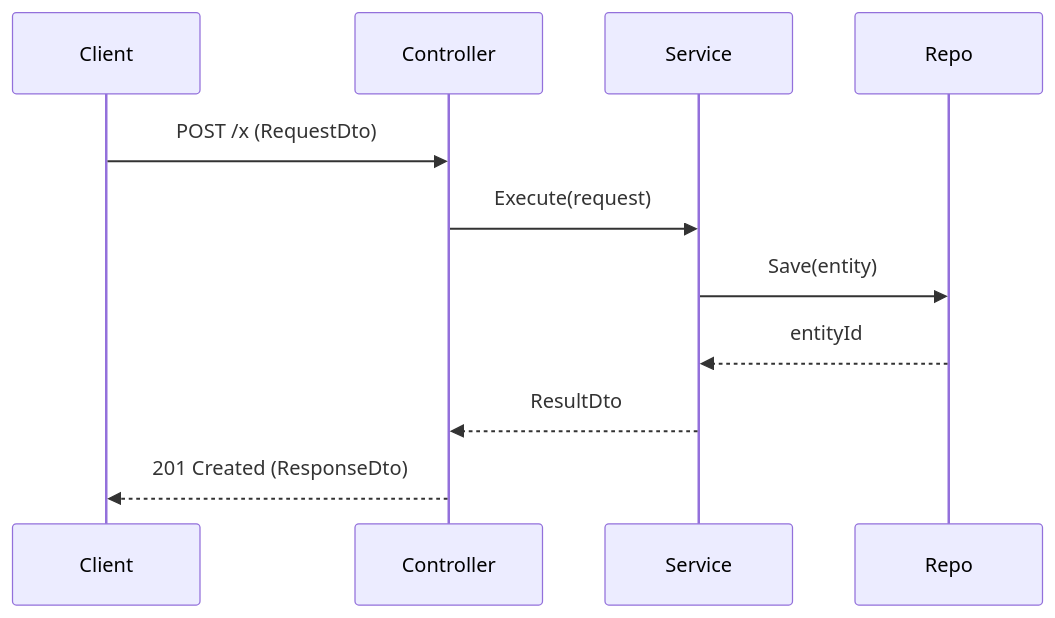
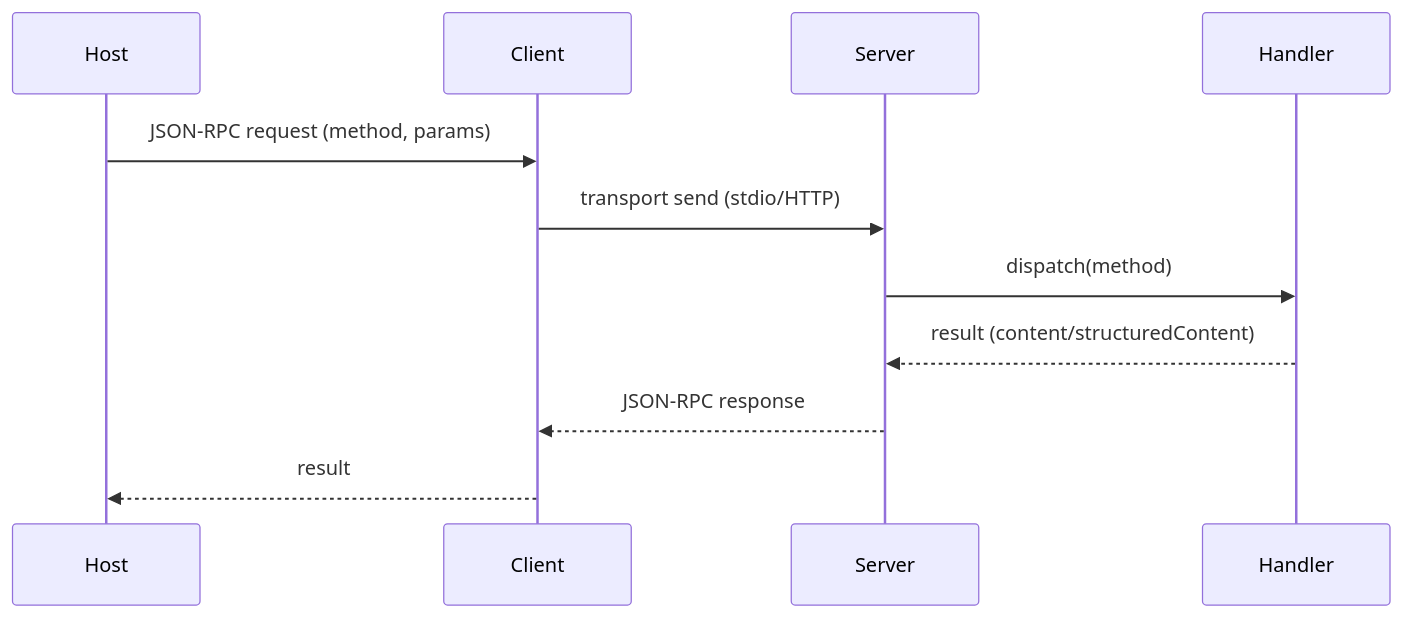
One commit to j0hanz/workbench changed the diagram in .github/prompts/project-workflow-analysis-blueprint-generator.prompt.md. Above: the diagram before and after it, drawn with Mermaid. The commit also changed other lines of this file, not shown here.

Commit message:
refactor(prompt): update MCP workflow architecture generator for clarity and specificity

````diff
--- a/.github/prompts/project-workflow-analysis-blueprint-generator.prompt.md
+++ b/.github/prompts/project-workflow-analysis-blueprint-generator.prompt.md
@@ -168,13 +221,13 @@
 ```mermaid
 sequenceDiagram
-  participant Client
-  participant Controller
-  participant Service
-  participant Repo
-  Client->>Controller: POST /x (RequestDto)
-  Controller->>Service: Execute(request)
-  Service->>Repo: Save(entity)
-  Repo-->>Service: entityId
-  Service-->>Controller: ResultDto
-  Controller-->>Client: 201 Created (ResponseDto)
+   participant Host
+   participant Client
+   participant Server
+   participant Handler
+   Host->>Client: JSON-RPC request (method, params)
+   Client->>Server: transport send (stdio/HTTP)
+   Server->>Handler: dispatch(method)
+   Handler-->>Server: result (content/structuredContent)
+   Server-->>Client: JSON-RPC response
+   Client-->>Host: result
 ```
````
